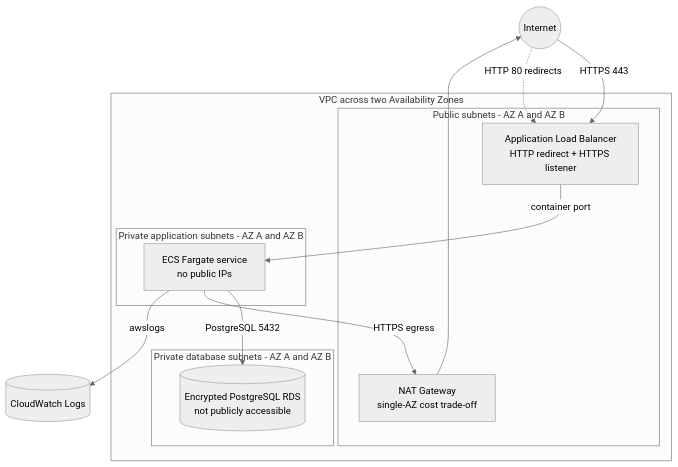
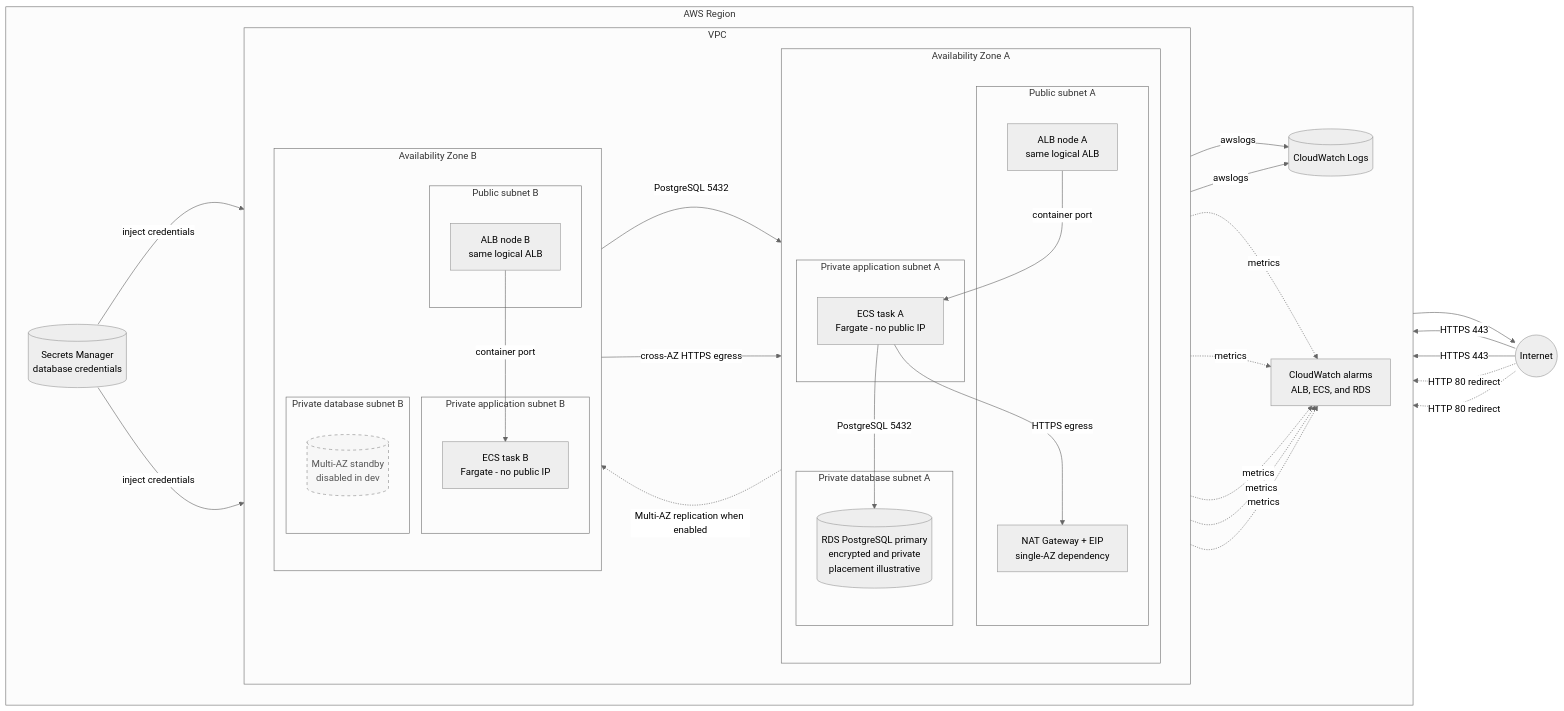
Before and after one commit to cloudenochcsis/merchant-platform-infra: the diagram in architecture.md, drawn with Mermaid (neutral theme). The commit also changed other lines of this file, not shown here.

Commit message:
docs(architecture): visualize multi-AZ redundancy

````diff
--- a/architecture.md
+++ b/architecture.md
@@ -3,28 +3,78 @@
 ```mermaid
-flowchart TB
+flowchart LR
     Internet((Internet))
-    Logs[(CloudWatch Logs)]
 
-    subgraph VPC[VPC across two Availability Zones]
-        subgraph Public[Public subnets - AZ A and AZ B]
-            ALB[Application Load Balancer<br/>HTTP redirect + HTTPS listener]
-            NAT[NAT Gateway<br/>single-AZ cost trade-off]
+    subgraph AWS[AWS Region]
+        direction LR
+
+        subgraph VPC[VPC]
+            direction LR
+
+            subgraph AZA[Availability Zone A]
+                direction TB
+
+                subgraph PublicA[Public subnet A]
+                    ALBA[ALB node A<br/>same logical ALB]
+                    NAT[NAT Gateway + EIP<br/>single-AZ dependency]
+                end
+
+                subgraph ApplicationA[Private application subnet A]
+                    ECSA[ECS task A<br/>Fargate - no public IP]
+                end
+
+                subgraph DatabaseA[Private database subnet A]
+                    RDSA[(RDS PostgreSQL primary<br/>encrypted and private<br/>placement illustrative)]
+                end
+            end
+
+            subgraph AZB[Availability Zone B]
+                direction TB
+
+                subgraph PublicB[Public subnet B]
+                    ALBB[ALB node B<br/>same logical ALB]
+                end
+
+                subgraph ApplicationB[Private application subnet B]
+                    ECSB[ECS task B<br/>Fargate - no public IP]
+                end
+
+                subgraph DatabaseB[Private database subnet B]
+                    RDSB[(Multi-AZ standby<br/>disabled in dev)]
+                end
+            end
         end
 
-        subgraph Application[Private application subnets - AZ A and AZ B]
-            ECS[ECS Fargate service<br/>no public IPs]
-        end
-
-        subgraph Database[Private database subnets - AZ A and AZ B]
-            RDS[(Encrypted PostgreSQL RDS<br/>not publicly accessible)]
-        end
+        Secrets[(Secrets Manager<br/>database credentials)]
+        Logs[(CloudWatch Logs)]
+        Alarms[CloudWatch alarms<br/>ALB, ECS, and RDS]
     end
 
-    Internet -->|HTTPS 443| ALB
-    Internet -. HTTP 80 redirects .-> ALB
-    ALB -->|container port| ECS
-    ECS -->|PostgreSQL 5432| RDS
-    ECS -->|HTTPS egress| NAT
+    Internet -->|HTTPS 443| ALBA
+    Internet -->|HTTPS 443| ALBB
+    Internet -. HTTP 80 redirect .-> ALBA
+    Internet -. HTTP 80 redirect .-> ALBB
+
+    ALBA -->|container port| ECSA
+    ALBB -->|container port| ECSB
+    ECSA -->|PostgreSQL 5432| RDSA
+    ECSB -->|PostgreSQL 5432| RDSA
+
+    ECSA -->|HTTPS egress| NAT
+    ECSB -->|cross-AZ HTTPS egress| NAT
     NAT --> Internet
-    ECS -->|awslogs| Logs
+
+    Secrets -->|inject credentials| ECSA
+    Secrets -->|inject credentials| ECSB
+    ECSA -->|awslogs| Logs
+    ECSB -->|awslogs| Logs
+    ALBA -. metrics .-> Alarms
+    ALBB -. metrics .-> Alarms
+    ECSA -. metrics .-> Alarms
+    ECSB -. metrics .-> Alarms
+    RDSA -. metrics .-> Alarms
+
+    RDSA -. Multi-AZ replication when enabled .-> RDSB
+
+    classDef optional fill:#f7f7f7,stroke:#888,stroke-dasharray:5 5,color:#555;
+    class RDSB optional;
 ```
````
